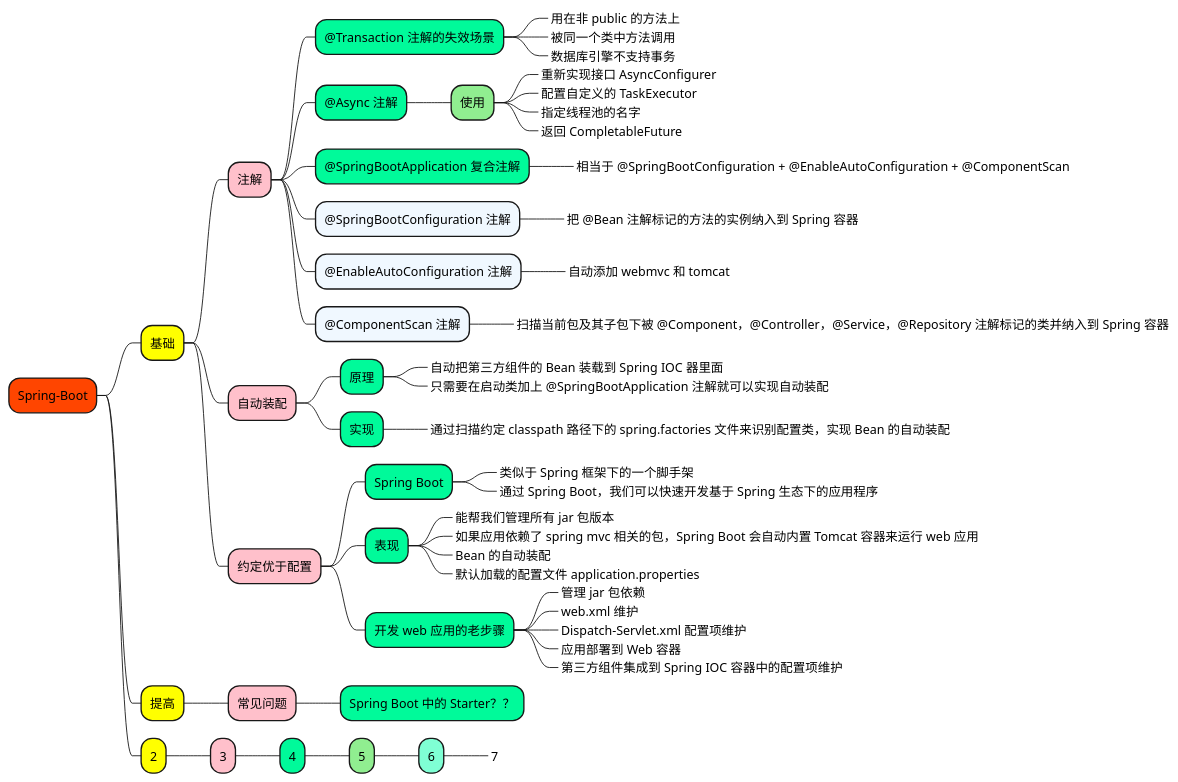
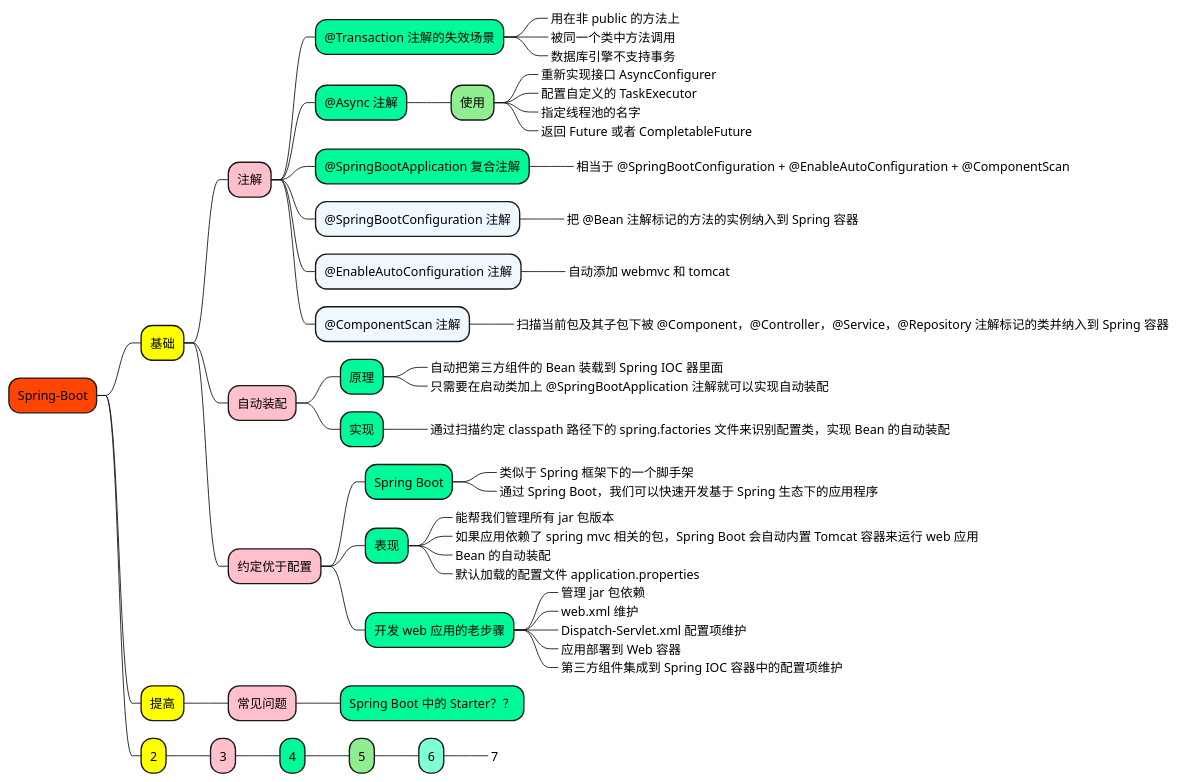
Before and after one commit to doveg/self-cultivation-of-a-software-engineer: the diagram in 1_map/2-framework/Spring-Boot.puml, drawn with PlantUML. The commit also changed 8 other files, not shown here.

```diff
--- a/1_map/2-framework/Spring-Boot.puml
+++ b/1_map/2-framework/Spring-Boot.puml
@@ -1,87 +1,87 @@
 @startmindmap
 
 +[#OrangeRed] Spring-Boot
 
 ++[#yellow] 基础
 
 +++[#Pink] 注解
 
 ++++[#MediumSpringGreen] @Transaction 注解的失效场景
 +++++[#LightGreen]_ 用在非 public 的方法上
 +++++[#LightGreen]_ 被同一个类中方法调用
 +++++[#LightGreen]_ 数据库引擎不支持事务
 
 ++++[#MediumSpringGreen] @Async 注解
 +++++[#LightGreen] 使用
 ++++++[#Aquamarine]_ 重新实现接口 AsyncConfigurer
 ++++++[#Aquamarine]_ 配置自定义的 TaskExecutor
 ++++++[#Aquamarine]_ 指定线程池的名字
-++++++[#Aquamarine]_ 返回 CompletableFuture
+++++++[#Aquamarine]_ 返回 Future 或者 CompletableFuture
 
 ++++[#MediumSpringGreen] @SpringBootApplication 复合注解
 +++++[#LightGreen]_ 相当于 @SpringBootConfiguration + @EnableAutoConfiguration + @ComponentScan
 
 ++++[#AliceBlue] @SpringBootConfiguration 注解
 +++++[#LightGreen]_ 把 @Bean 注解标记的方法的实例纳入到 Spring 容器
 
 ++++[#AliceBlue] @EnableAutoConfiguration 注解
 +++++[#LightGreen]_ 自动添加 webmvc 和 tomcat
 
 ++++[#AliceBlue] @ComponentScan 注解
 +++++[#LightGreen]_ 扫描当前包及其子包下被 @Component，@Controller，@Service，@Repository 注解标记的类并纳入到 Spring 容器
 
 
 
 +++[#Pink] 自动装配
 
 ++++[#MediumSpringGreen] 原理
 +++++[#LightGreen]_ 自动把第三方组件的 Bean 装载到 Spring IOC 器里面
 +++++[#LightGreen]_ 只需要在启动类加上 @SpringBootApplication 注解就可以实现自动装配
 
 ++++[#MediumSpringGreen] 实现
 +++++[#LightGreen]_ 通过扫描约定 classpath 路径下的 spring.factories 文件来识别配置类，实现 Bean 的自动装配
 
 
 +++[#Pink] 约定优于配置
 
 ++++[#MediumSpringGreen] Spring Boot
 +++++[#LightGreen]_ 类似于 Spring 框架下的一个脚手架
 +++++[#LightGreen]_ 通过 Spring Boot，我们可以快速开发基于 Spring 生态下的应用程序
 
 ++++[#MediumSpringGreen] 表现
 +++++[#LightGreen]_ 能帮我们管理所有 jar 包版本
 +++++[#LightGreen]_ 如果应用依赖了 spring mvc 相关的包，Spring Boot 会自动内置 Tomcat 容器来运行 web 应用
 +++++[#LightGreen]_ Bean 的自动装配
 +++++[#LightGreen]_ 默认加载的配置文件 application.properties
 
 ++++[#MediumSpringGreen] 开发 web 应用的老步骤
 +++++[#LightGreen]_ 管理 jar 包依赖
 +++++[#LightGreen]_ web.xml 维护
 +++++[#LightGreen]_ Dispatch-Servlet.xml 配置项维护
 +++++[#LightGreen]_ 应用部署到 Web 容器
 +++++[#LightGreen]_ 第三方组件集成到 Spring IOC 容器中的配置项维护
 
 
 
 
 ++[#yellow] 提高
 
 +++[#Pink] 常见问题
 
 ++++[#MediumSpringGreen] Spring Boot 中的 Starter？？
 
 
 
 
 
 ++[#yellow] 2
 
 +++[#Pink] 3
 
 ++++[#MediumSpringGreen] 4
 +++++[#LightGreen] 5
 ++++++[#Aquamarine] 6
 +++++++[#Aquamarine]_ 7
 
 
 @endmindmap
```
